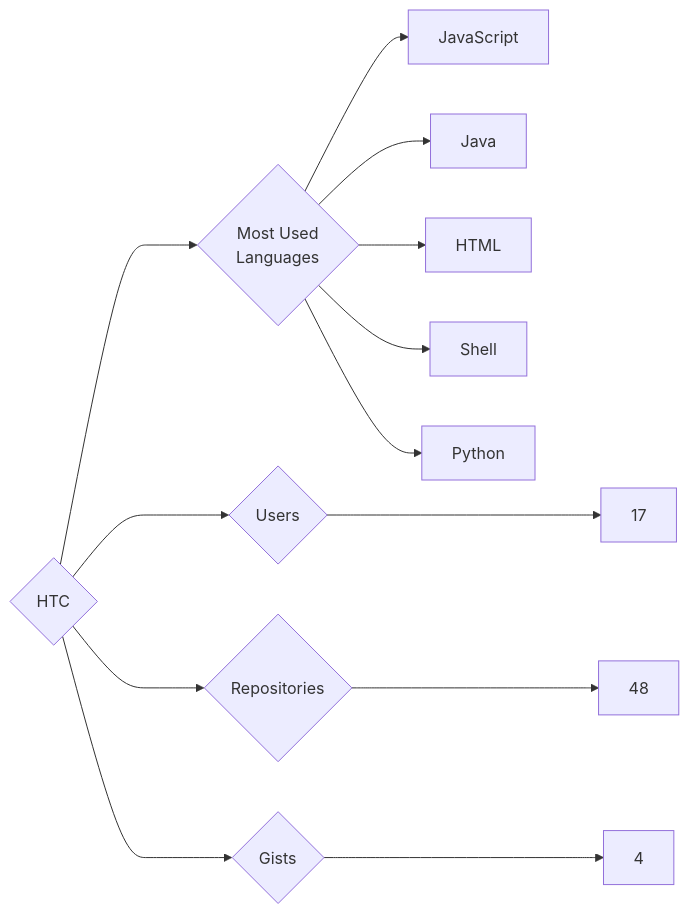
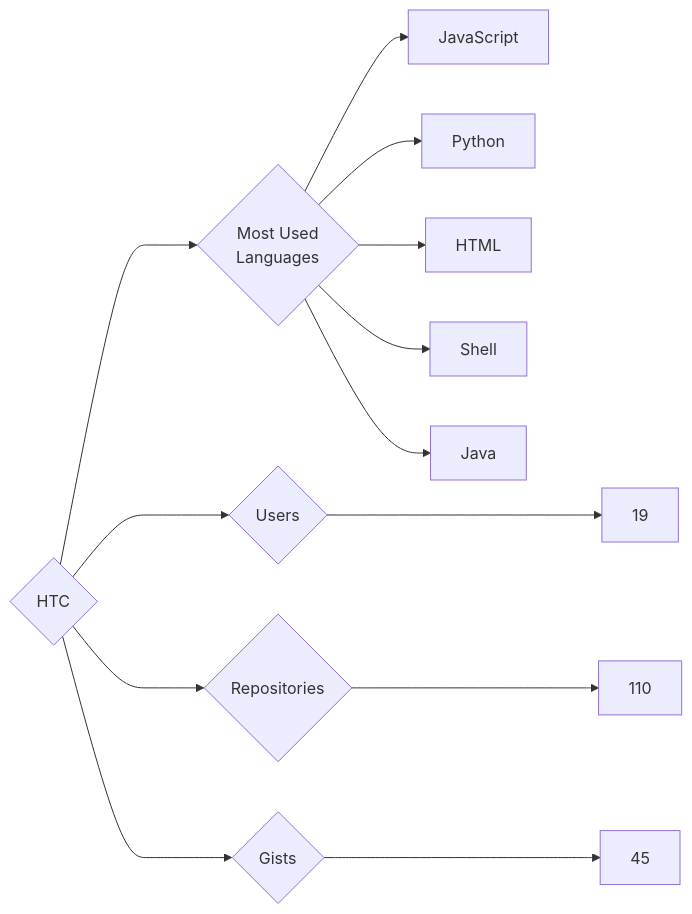
One commit to trickest/insiders changed the diagram in targets/HTC/README.md. Above: the diagram before and after it, drawn with Mermaid. The commit also changed 814 other files, not shown here.

````diff
--- a/targets/HTC/README.md
+++ b/targets/HTC/README.md
@@ -3,13 +3,13 @@
 ```mermaid
 graph LR
 COMPANY_NAME{HTC}
-COMPANY_NAME ---> U{Users} ---> UN[17]
-COMPANY_NAME ---> R{Repositories} ---> RN[48]
-COMPANY_NAME ---> G{Gists} ---> GN[4]
+COMPANY_NAME ---> U{Users} ---> UN[19]
+COMPANY_NAME ---> R{Repositories} ---> RN[110]
+COMPANY_NAME ---> G{Gists} ---> GN[45]
 COMPANY_NAME ---> ML{Most Used<br>Languages}
 ML --> JavaScript[JavaScript]
-ML --> Java[Java]
+ML --> Python[Python]
 ML --> HTML[HTML]
 ML --> Shell[Shell]
-ML --> Python[Python]
+ML --> Java[Java]
 ```
````
